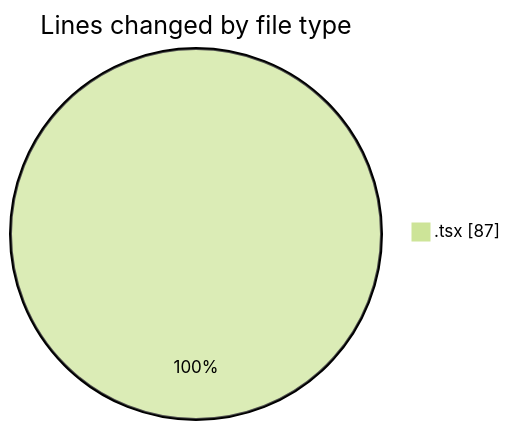
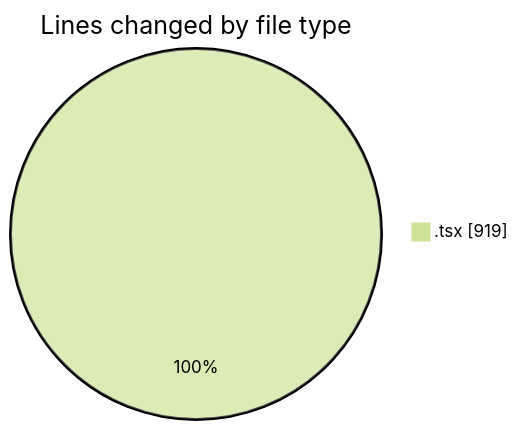
One commit to momahboobian/code-tracking changed the first of 2 diagrams in 2025-07-03/cda/README.md. Above: the diagram before and after it, drawn with Mermaid (forest theme). The commit also changed other lines of this file and 1 other file, not shown here.

````diff
--- a/2025-07-03/cda/README.md
+++ b/2025-07-03/cda/README.md
@@ -20,5 +22,5 @@
 ```mermaid
 pie showData
 title Lines changed by file type
-".tsx" : 87
+".tsx" : 919
 ```
````
